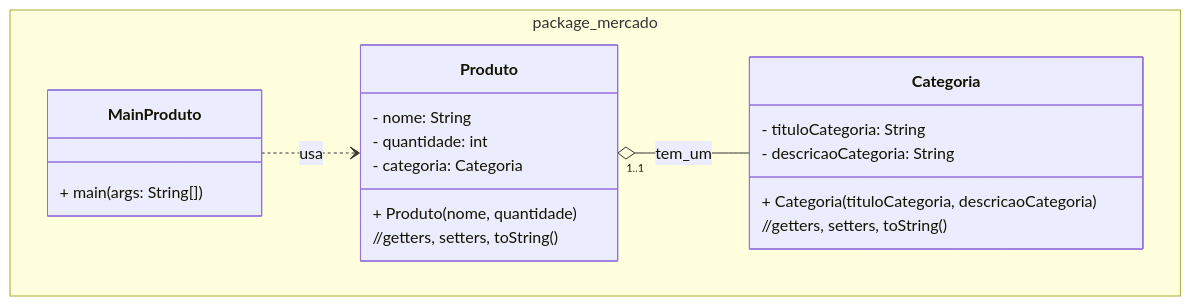
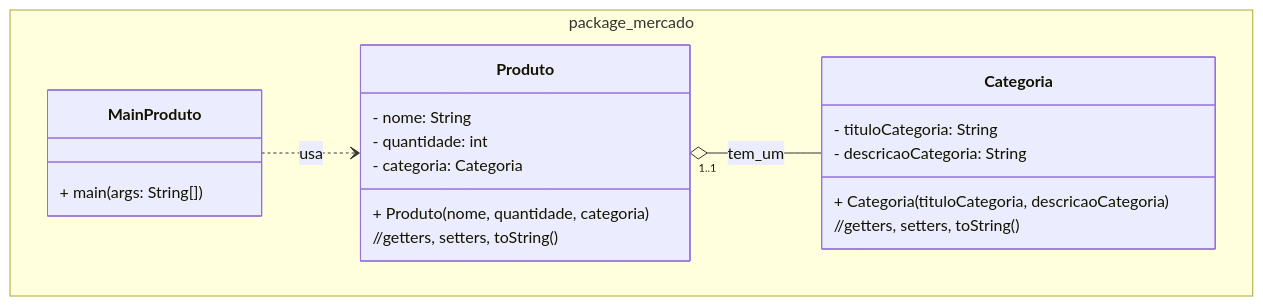
Before and after one commit to ap3ufersa/ap3_2024.3_xicoArruda: the diagram in unidade2_exercicio2.md, drawn with Mermaid.

````diff
--- a/unidade2_exercicio2.md
+++ b/unidade2_exercicio2.md
@@ -7,26 +7,26 @@
 ```mermaid
 classDiagram
     namespace package_mercado {
         	class Produto {
             - nome: String
             - quantidade: int
             - categoria: Categoria
-            + Produto(nome, quantidade)
+            + Produto(nome, quantidade, categoria)
             //getters, setters, toString()
         }
 
 		class Categoria {
             - tituloCategoria: String
             - descricaoCategoria: String
             + Categoria(tituloCategoria, descricaoCategoria)
             //getters, setters, toString()
         }
 
         class MainProduto {
             + main(args: String[])
         }
     }
    
     Produto "1..1" o-- Categoria : tem_um
     MainProduto ..> Produto : usa
 ```
````
